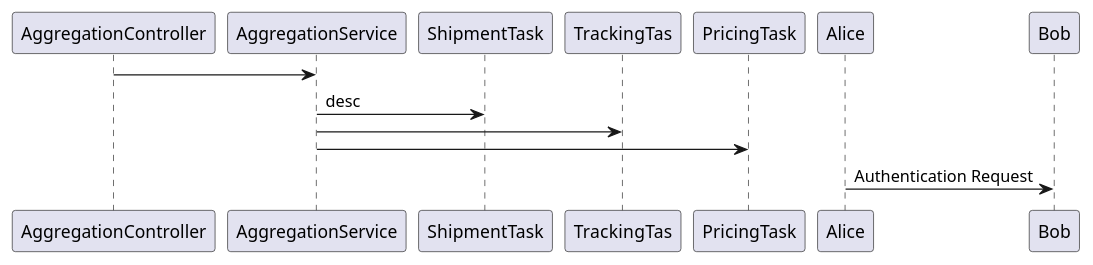
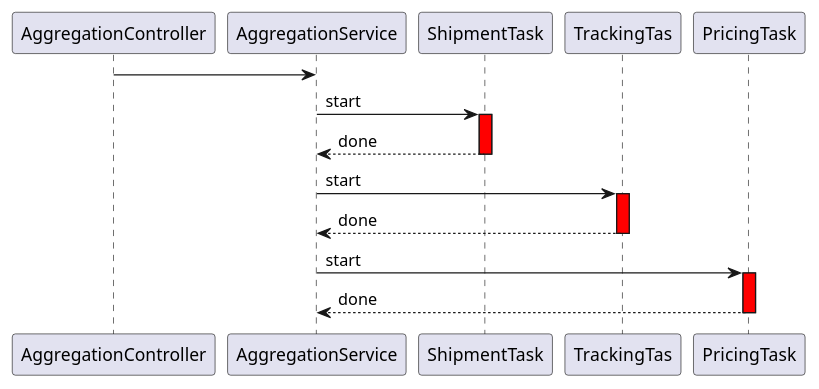
Before and after one commit to kishoredubey/aggregation: the diagram in aggregation-service/ServiceFlow.puml, drawn with PlantUML. The commit also changed 5 other files, not shown here.

```diff
--- a/aggregation-service/ServiceFlow.puml
+++ b/aggregation-service/ServiceFlow.puml
@@ -1,9 +1,12 @@
 @startuml
 
 AggregationController -> AggregationService
-AggregationService -> ShipmentTask: desc
-AggregationService -> TrackingTas
-AggregationService -> PricingTask
-Alice -> Bob: Authentication Request
+AggregationService -> ShipmentTask ++ #red: start
+ShipmentTask --> AggregationService --#red: done
+AggregationService -> TrackingTas ++ #red: start
+TrackingTas --> AggregationService --#red: done
+AggregationService -> PricingTask ++ #red: start
+PricingTask --> AggregationService --#red: done
+
 
 @enduml
```
